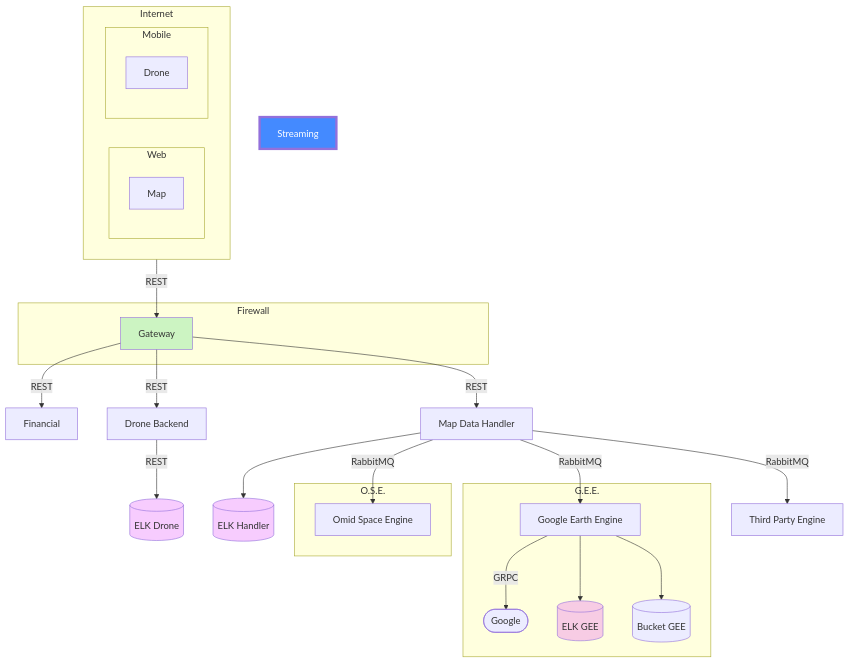
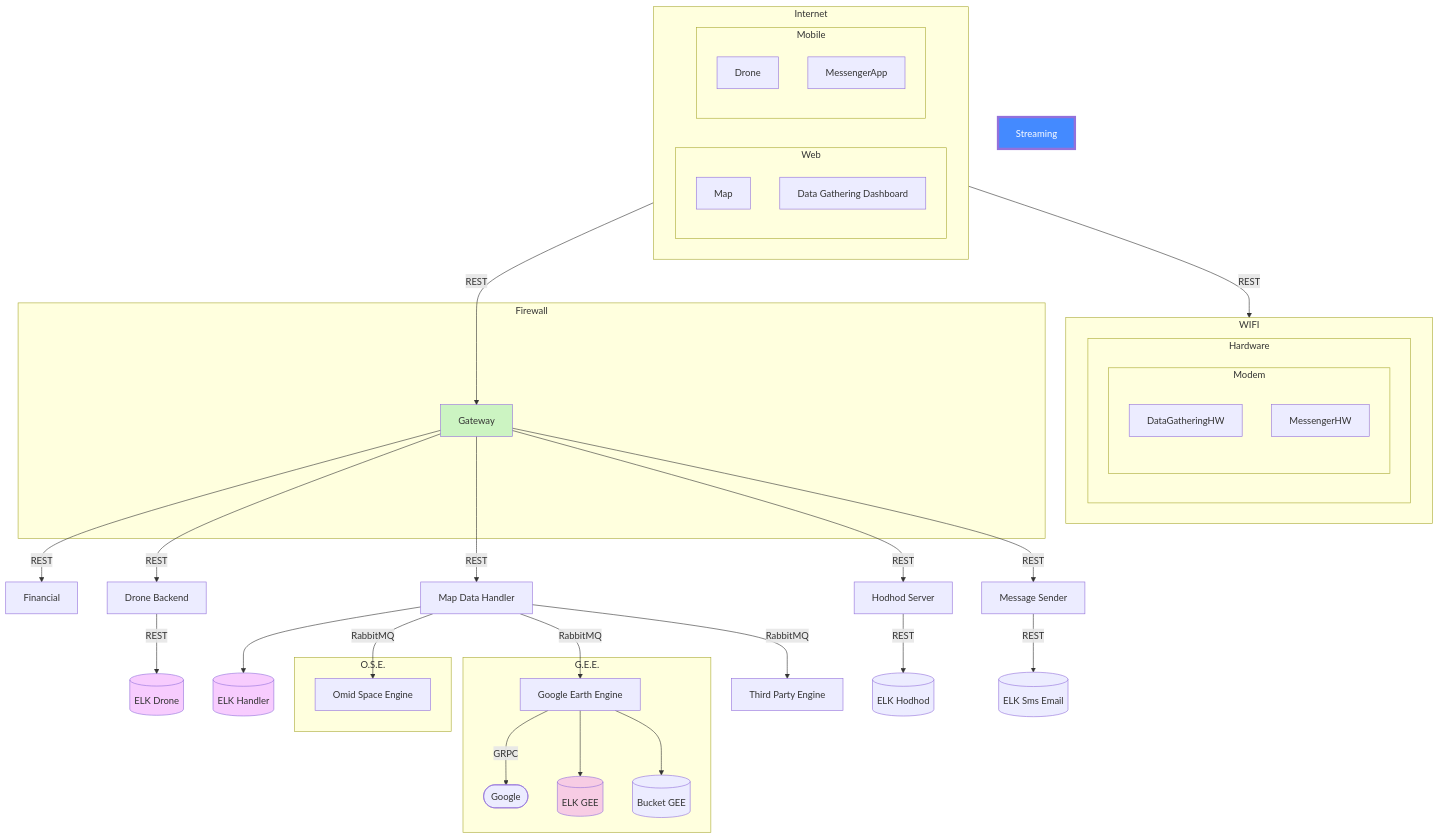
The diagram in docs/Arch.md (spaceomid/Documentation), drawn with Mermaid before and after one commit. The commit also changed 3 other files, not shown here.

````diff
--- a/docs/Arch.md
+++ b/docs/Arch.md
@@ -6,55 +6,74 @@
 ``` mermaid
 flowchart TB
     
     classDef Elk fill:#d500f933;
     
     style Gateway fill:#00c85333
     style Streaming fill:#448aff,stroke-width:4px,color:#fff
     
     subgraph Internet
     
     subgraph Web
     Map
+    DataGatheringDashboard[Data Gathering Dashboard]
     end
     
     subgraph Mobile
     Drone
+    MessengerApp
     end
     
     end
-    
-        
+
     subgraph Firewall
     Gateway
     end
     
+    subgraph WIFI
+    subgraph Hardware
+    subgraph Modem
+    DataGatheringHW
+    MessengerHW
+    end
+    end
+    end
+
+
     Internet --REST--> Gateway
+
+    Internet --REST--> WIFI
+
     Gateway --REST--> Financial
     Gateway --REST--> DroneBackend[Drone Backend]
-    Gateway --REST--> MapDataHandler[Map Data Handler]     
+    Gateway --REST--> MapDataHandler[Map Data Handler] 
+
+    Gateway --REST--> HodhodServer[Hodhod Server]
+    Gateway --REST--> MessageSender[Message Sender]   
         
     MapDataHandler --> ELKHandler[(ELK Handler)]:::Elk
     MapDataHandler --RabbitMQ--> OSE[Omid Space Engine ]
     MapDataHandler --RabbitMQ--> GEE[Google Earth Engine ]
     MapDataHandler --RabbitMQ--> TPE[Third Party Engine ]
-    
+
+    HodhodServer --REST--> ELKHodhod[(ELK Hodhod)]
+    MessageSender --REST--> ELKSmsEmail[(ELK Sms Email)]
     
     DroneBackend --REST--> ELKDrone[(ELK Drone)]:::Elk
      
     subgraph G.E.E.
     GEE
     Google
     BucketGEE
     ELKGEE
     end
     
     GEE --GRPC--> Google([Google])
     GEE --> ELKGEE[(ELK GEE)]:::Elk
     GEE --> BucketGEE[(Bucket GEE)]
     
     
     subgraph O.S.E.
     OSE
     end
     
 ``` 
````
